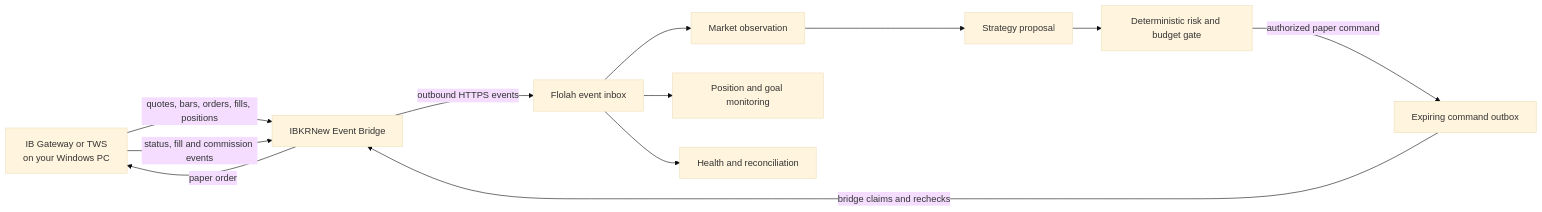
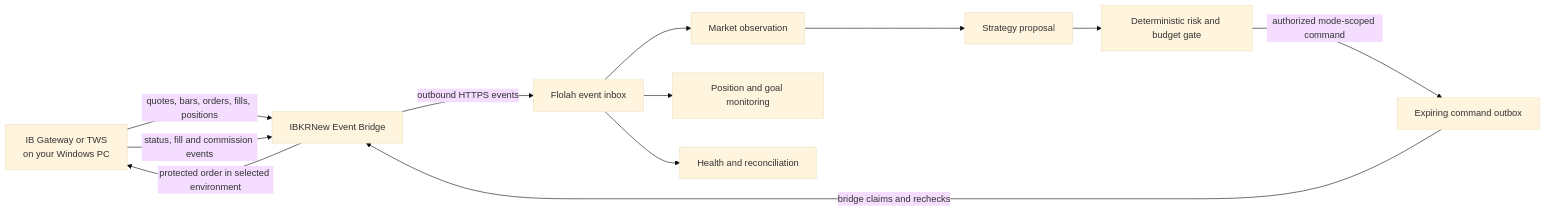
Before and after one commit to balaji-ranga/agent-os: the diagram in knowledgebase/platform-help/51-ibkrnew-event-trader.md, drawn with Mermaid (base theme). The commit also changed other lines of this file and 35 other files, not shown here.

````diff
--- a/knowledgebase/platform-help/51-ibkrnew-event-trader.md
+++ b/knowledgebase/platform-help/51-ibkrnew-event-trader.md
@@ -28,14 +28,14 @@
 ```mermaid
 flowchart LR
   GW[IB Gateway or TWS\non your Windows PC] -->|quotes, bars, orders, fills, positions| Bridge[IBKRNew Event Bridge]
   Bridge -->|outbound HTTPS events| Inbox[Flolah event inbox]
   Inbox --> Observe[Market observation]
   Observe --> Plan[Strategy proposal]
   Plan --> Risk[Deterministic risk and budget gate]
-  Risk -->|authorized paper command| Outbox[Expiring command outbox]
+  Risk -->|authorized mode-scoped command| Outbox[Expiring command outbox]
   Outbox -->|bridge claims and rechecks| Bridge
-  Bridge -->|paper order| GW
+  Bridge -->|protected order in selected environment| GW
   GW -->|status, fill and commission events| Bridge
   Inbox --> Monitor[Position and goal monitoring]
   Inbox --> Supervise[Health and reconciliation]
 ```
````
